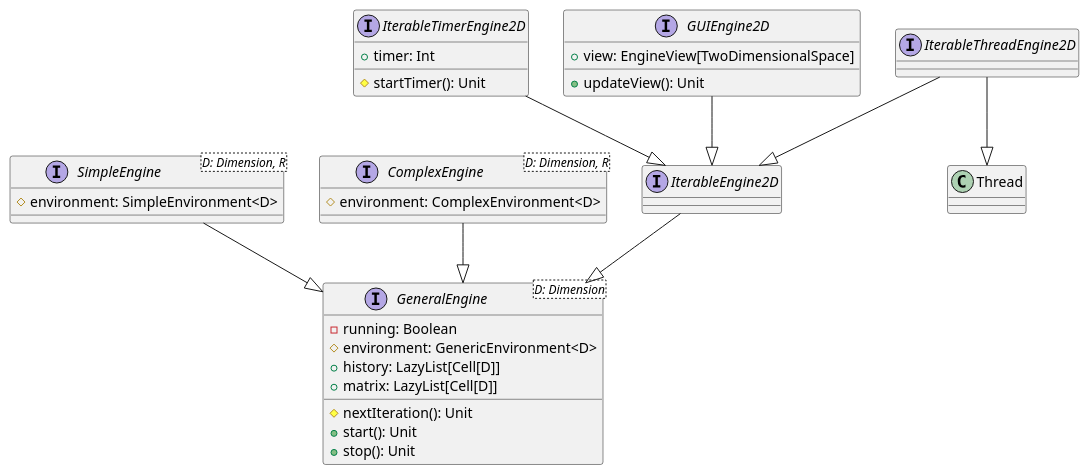
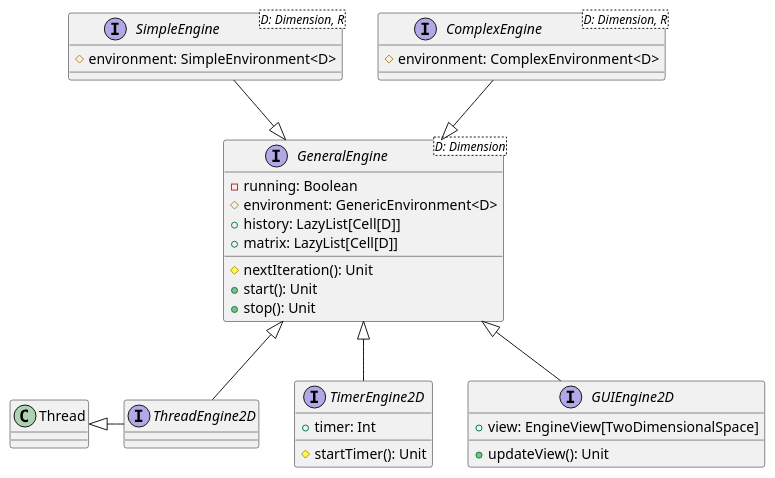
The diagram in docs/img/plantuml/engine.pu (MatteoIorio11/PPS-23-ScalaSim), drawn with PlantUML before and after one commit. The commit also changed 2 other files, not shown here.

Commit message:
chore(docs): propagate engine refactor into docs

```diff
--- a/docs/img/plantuml/engine.pu
+++ b/docs/img/plantuml/engine.pu
@@ -1,45 +1,40 @@
 @startuml engine
 interface GeneralEngine<D: Dimension> {
     - running: Boolean
     # environment: GenericEnvironment<D>
     + history: LazyList[Cell[D]]
     + matrix: LazyList[Cell[D]]
     # nextIteration(): Unit
     + start(): Unit
     + stop(): Unit
 }
 
 interface SimpleEngine<D: Dimension, R> {
     # environment: SimpleEnvironment<D>
 }
 
 interface ComplexEngine<D: Dimension, R> {
     # environment: ComplexEnvironment<D>
 }
 
-interface IterableEngine2D
+interface ThreadEngine2D {}
 
-interface IterableThreadEngine2D
-
-interface IterableTimerEngine2D {
+interface TimerEngine2D {
     + timer: Int
     # startTimer(): Unit
 }
 
 interface GUIEngine2D {
     + view: EngineView[TwoDimensionalSpace]
     + updateView(): Unit
 }
 
 SimpleEngine --|> GeneralEngine
 ComplexEngine --|> GeneralEngine
-IterableEngine2D --|> GeneralEngine
 
-IterableThreadEngine2D --|> Thread
-IterableThreadEngine2D --|> IterableEngine2D
-
-IterableTimerEngine2D --|> IterableEngine2D
-
-GUIEngine2D --|> IterableEngine2D
+ThreadEngine2D -left-|> Thread
+ThreadEngine2D -up-|> GeneralEngine
+TimerEngine2D -up-|> GeneralEngine
+GUIEngine2D -up-|> GeneralEngine
 
 @enduml
```
